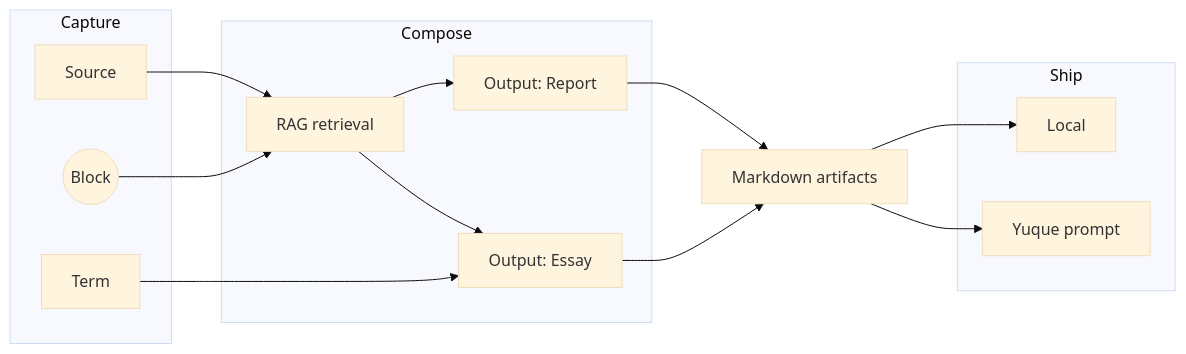
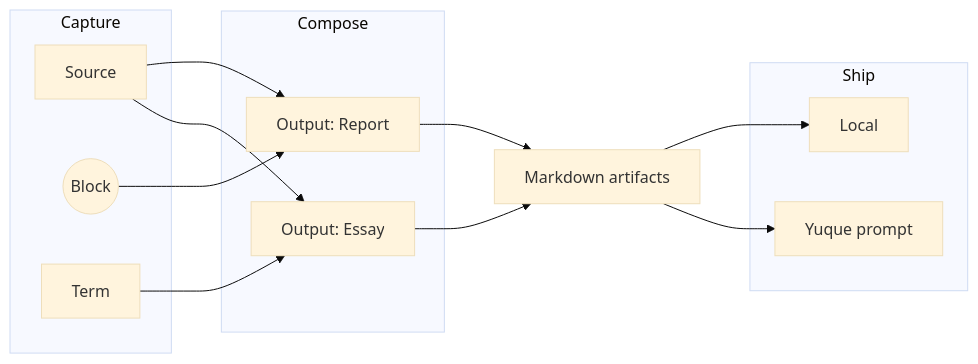
One commit to alswl/mind-forge changed the diagram in docs/guide/concepts.md. Above: the diagram before and after it, drawn with Mermaid (base theme). The commit also changed other lines of this file and 122 other files, not shown here.

````diff
--- a/docs/guide/concepts.md
+++ b/docs/guide/concepts.md
@@ -12,26 +11,24 @@
 ```mermaid
 flowchart LR
   subgraph Capture
     S[Source]
     B((Block))
     T[Term]
   end
   subgraph Compose
-    R[RAG retrieval]
     A1[Output: Report]
     A2[Output: Essay]
   end
   subgraph Ship
     P1[Local]
     P2[Yuque prompt]
   end
-  S --> R
-  B --> R
+  S --> A1
+  B --> A1
   T --> A2
-  R --> A1
-  R --> A2
+  S --> A2
   A1 --> Build[Markdown artifacts]
   A2 --> Build
   Build --> P1
   Build --> P2
 ```
````
